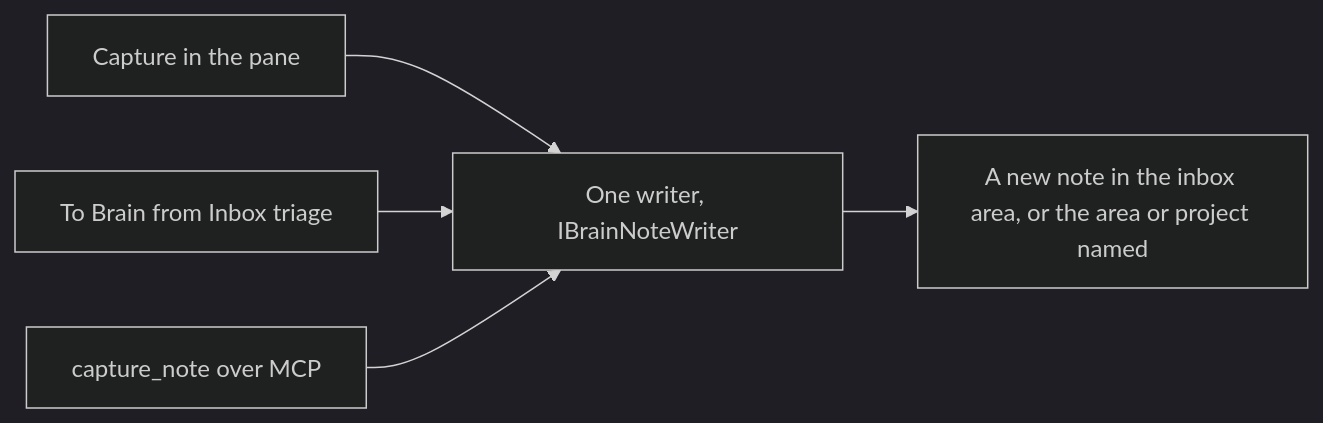
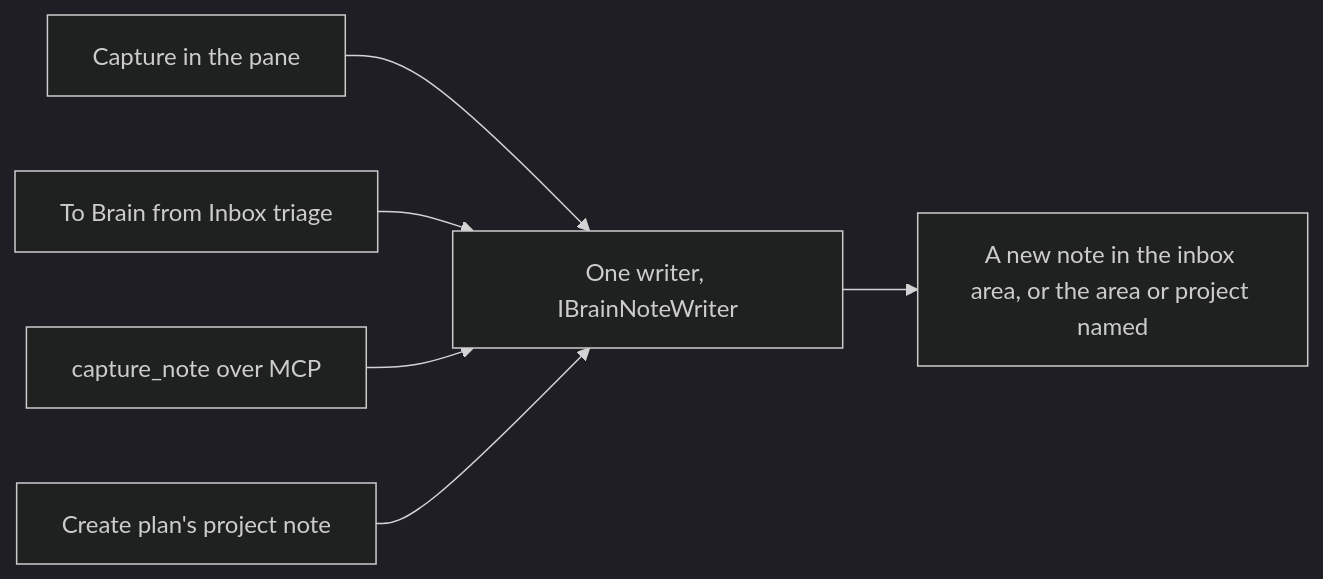
One commit to JSdotNet/Backlog changed the second of 2 diagrams in .devbook/domain/brain/features.md. Above: the diagram before and after it, drawn with Mermaid (dark theme). The commit also changed other lines of this file and 18 other files, not shown here.

First line of the commit message:
feat(inbox): start a Brain project note from Create plan

````diff
--- a/.devbook/domain/brain/features.md
+++ b/.devbook/domain/brain/features.md
@@ -337,7 +337,8 @@
 ```mermaid
 flowchart LR
     Capture[Capture in the pane] --> Writer
     Triage[To Brain from Inbox triage] --> Writer
     Tool[capture_note over MCP] --> Writer
+    Plan[Create plan's project note] --> Writer
     Writer[One writer, IBrainNoteWriter] --> Note[A new note in the inbox area, or the area or project named]
 ```
````
